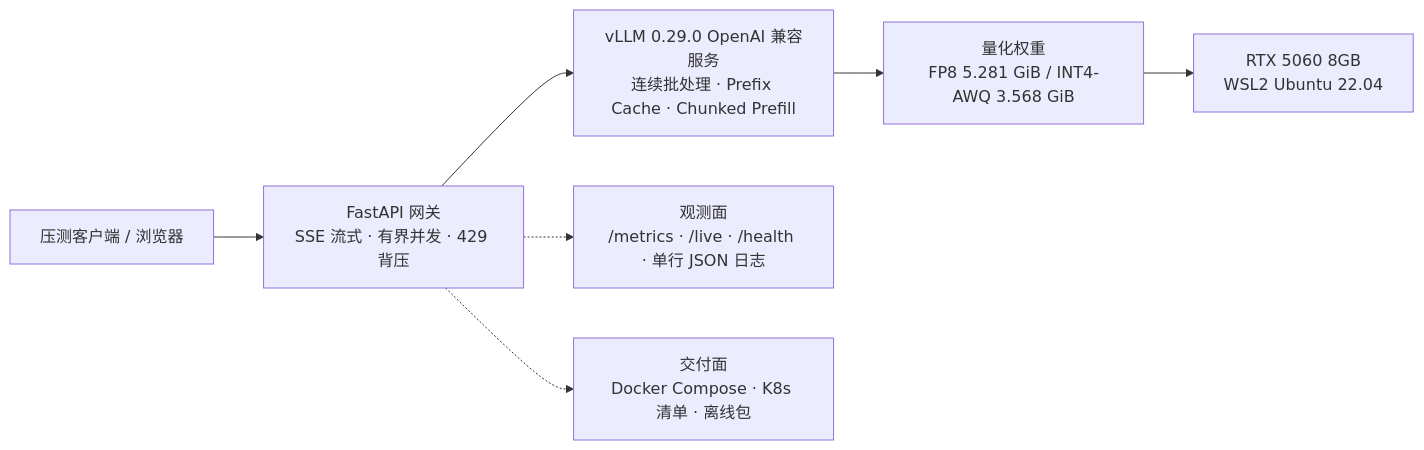
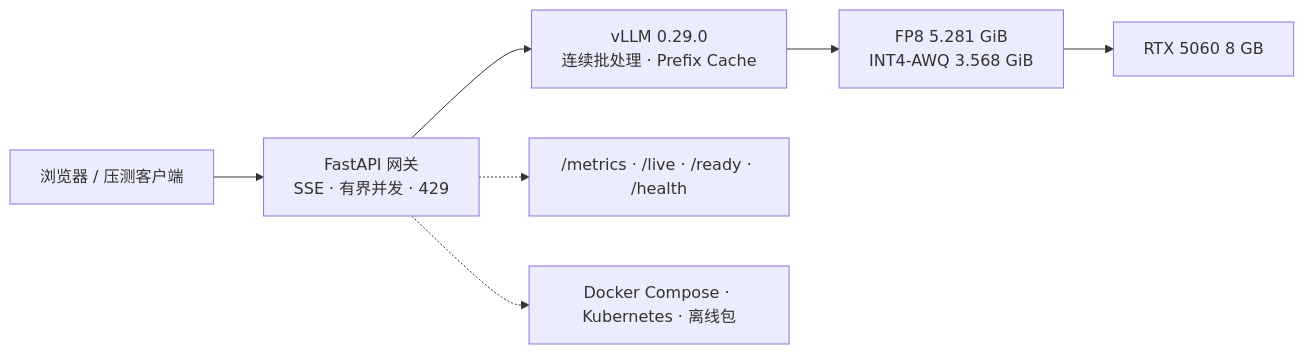
One commit to francisown/4b-llm-on-8gb-gpu changed the diagram in README.zh-CN.md. Above: the diagram before and after it, drawn with Mermaid. The commit also changed other lines of this file and 216 other files, not shown here.

````diff
--- a/README.zh-CN.md
+++ b/README.zh-CN.md
@@ -88,9 +34,9 @@
 ```mermaid
 flowchart LR
-    A["压测客户端 / 浏览器"] --> B["FastAPI 网关<br/>SSE 流式 · 有界并发 · 429 背压"]
-    B --> C["vLLM 0.29.0 OpenAI 兼容服务<br/>连续批处理 · Prefix Cache · Chunked Prefill"]
-    C --> D["量化权重<br/>FP8 5.281 GiB / INT4-AWQ 3.568 GiB"]
-    D --> E["RTX 5060 8GB<br/>WSL2 Ubuntu 22.04"]
-    B -.-> F["观测面<br/>/metrics · /live · /health · 单行 JSON 日志"]
-    B -.-> G["交付面<br/>Docker Compose · K8s 清单 · 离线包"]
+    A["浏览器 / 压测客户端"] --> B["FastAPI 网关<br/>SSE · 有界并发 · 429"]
+    B --> C["vLLM 0.29.0<br/>连续批处理 · Prefix Cache"]
+    C --> D["FP8 5.281 GiB<br/>INT4-AWQ 3.568 GiB"]
+    D --> E["RTX 5060 8 GB"]
+    B -.-> F["/metrics · /live · /ready · /health"]
+    B -.-> G["Docker Compose · Kubernetes · 离线包"]
 ```
````
